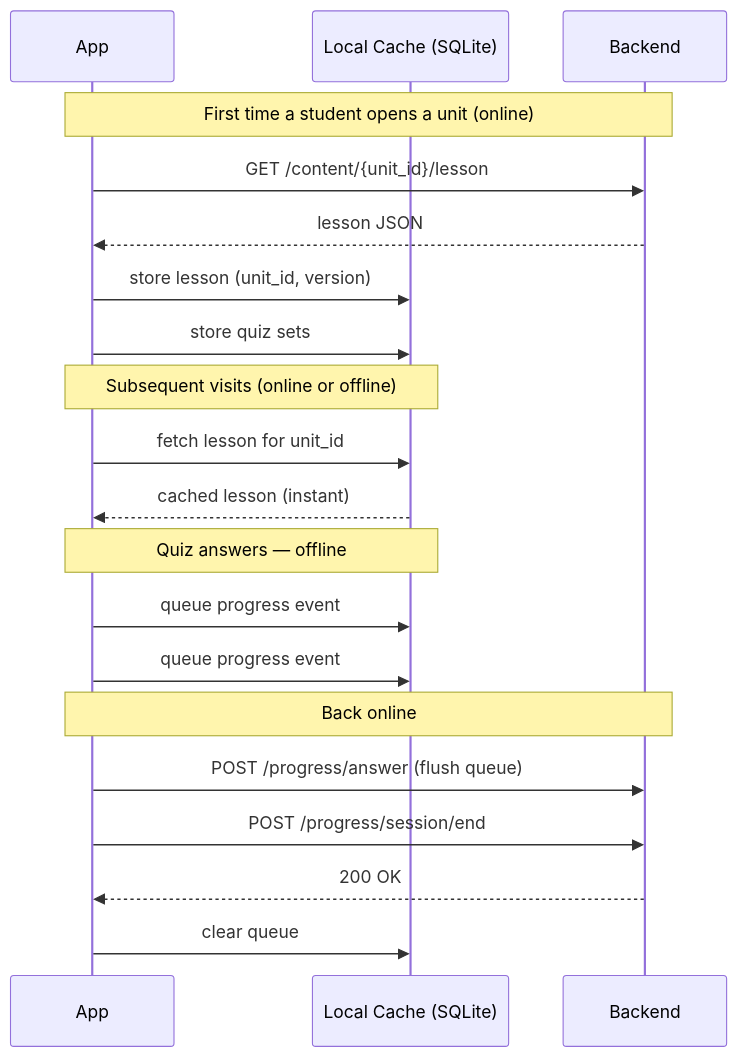
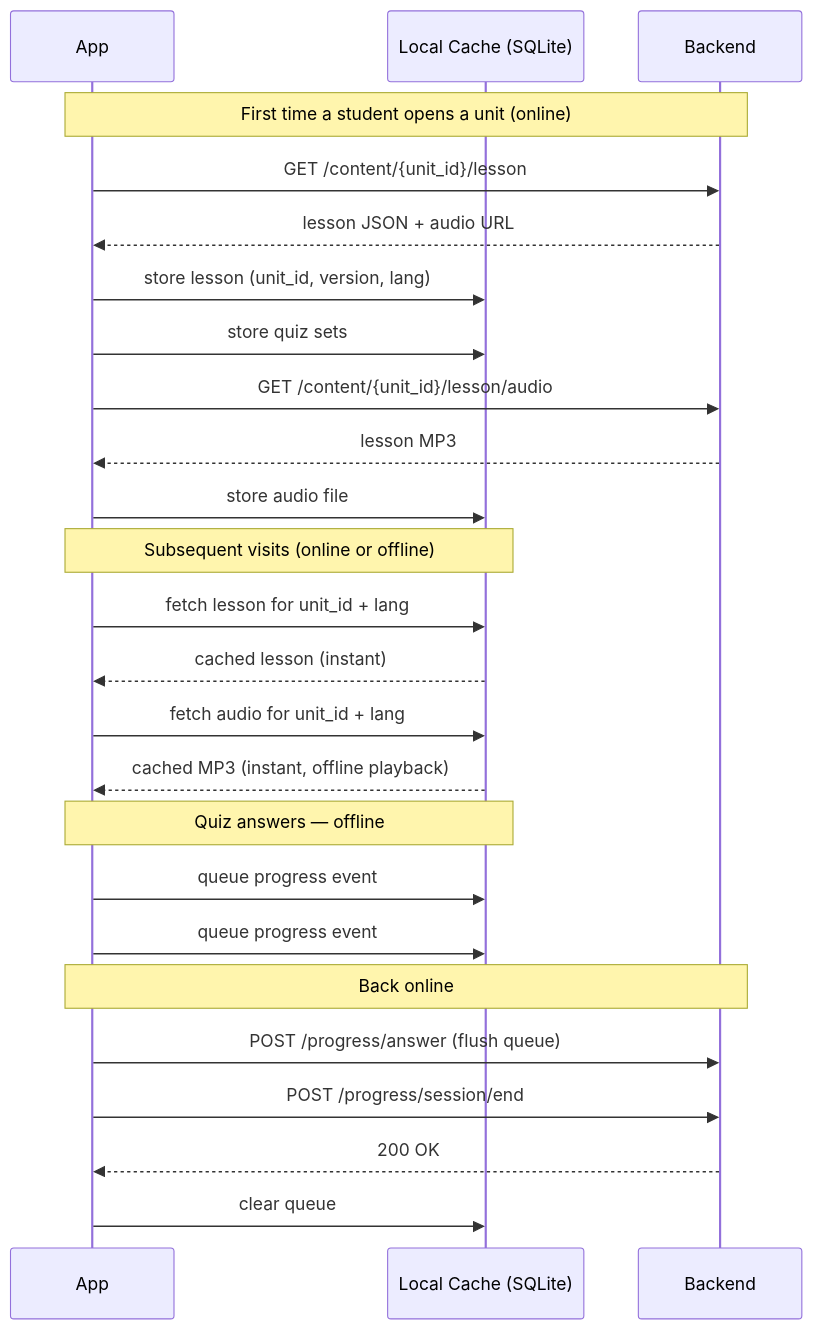
The fifth of 5 diagrams in ARCHITECTURE.md (wegofwd2020-hub/StudyBuddy_OnDemand), drawn with Mermaid before and after one commit. The commit also changed other lines of this file and 2 other files, not shown here.

First line of the commit message:
Add subscription, multi-language, TTS, and experiment visualization to architecture

````diff
--- a/ARCHITECTURE.md
+++ b/ARCHITECTURE.md
@@ -147,26 +337,31 @@
 ```mermaid
 sequenceDiagram
     participant App
     participant LocalCache as Local Cache (SQLite)
     participant Backend
 
     Note over App,Backend: First time a student opens a unit (online)
     App->>Backend: GET /content/{unit_id}/lesson
-    Backend-->>App: lesson JSON
-    App->>LocalCache: store lesson (unit_id, version)
+    Backend-->>App: lesson JSON + audio URL
+    App->>LocalCache: store lesson (unit_id, version, lang)
     App->>LocalCache: store quiz sets
+    App->>Backend: GET /content/{unit_id}/lesson/audio
+    Backend-->>App: lesson MP3
+    App->>LocalCache: store audio file
 
     Note over App,LocalCache: Subsequent visits (online or offline)
-    App->>LocalCache: fetch lesson for unit_id
+    App->>LocalCache: fetch lesson for unit_id + lang
     LocalCache-->>App: cached lesson (instant)
+    App->>LocalCache: fetch audio for unit_id + lang
+    LocalCache-->>App: cached MP3 (instant, offline playback)
 
     Note over App,LocalCache: Quiz answers — offline
     App->>LocalCache: queue progress event
     App->>LocalCache: queue progress event
 
     Note over App,Backend: Back online
     App->>Backend: POST /progress/answer (flush queue)
     App->>Backend: POST /progress/session/end
     Backend-->>App: 200 OK
     App->>LocalCache: clear queue
 ```
````
